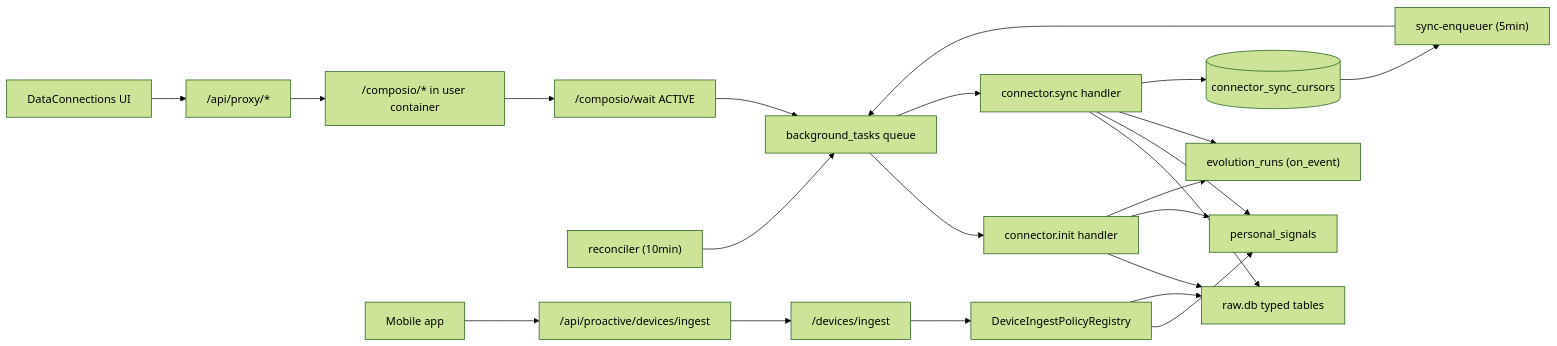
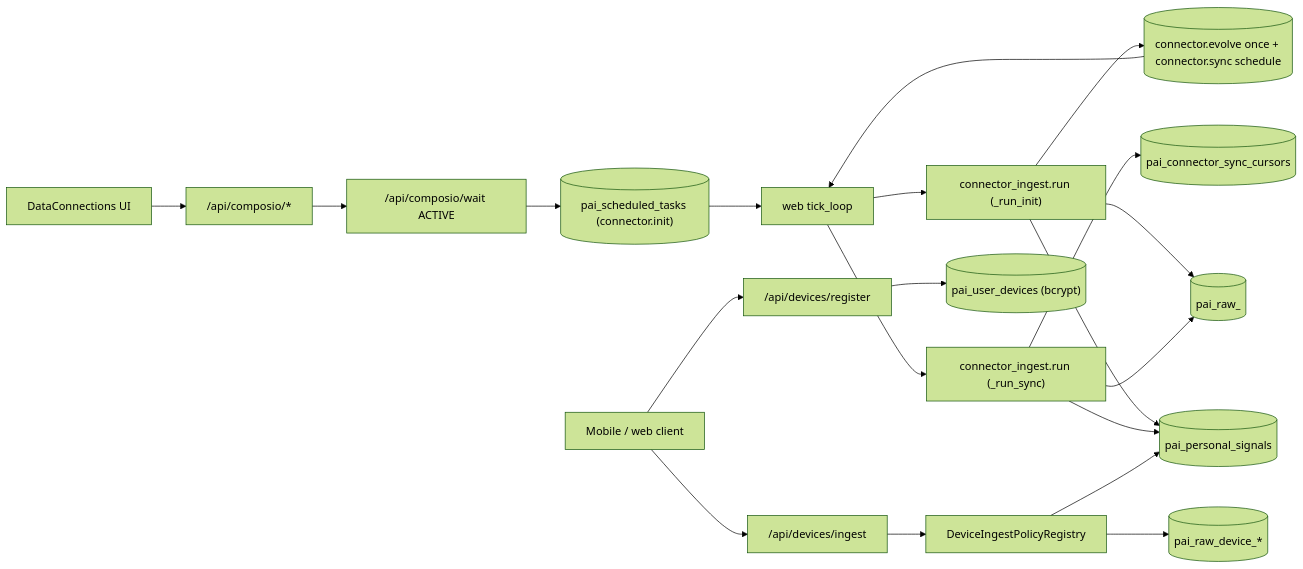
The first of 4 diagrams in docs/modules/data-connectors.mdx (Edge-AI-HQ/proactive-assistant), drawn with Mermaid (forest theme) before and after one commit. The commit also changed other lines of this file and 372 other files, not shown here.

````diff
--- a/docs/modules/data-connectors.mdx
+++ b/docs/modules/data-connectors.mdx
@@ -16,24 +15,22 @@
 ```mermaid
 flowchart LR
-  UI["DataConnections UI"] --> Proxy["/api/proxy/*"]
-  Proxy --> Composio["/composio/* in user container"]
-  Composio --> Wait["/composio/wait ACTIVE"]
-  Wait --> Tasks["background_tasks queue"]
-  Recon["reconciler (10min)"] --> Tasks
-  SyncEnq["sync-enqueuer (5min)"] --> Tasks
-  Cursors[("connector_sync_cursors")] --> SyncEnq
-  Tasks --> InitH["connector.init handler"]
-  Tasks --> SyncH["connector.sync handler"]
-  InitH --> Raw["raw.db typed tables"]
-  InitH --> PS["personal_signals"]
-  InitH --> Evo["evolution_runs (on_event)"]
+  UI["DataConnections UI"] --> Composio["/api/composio/*"]
+  Composio --> Wait["/api/composio/wait ACTIVE"]
+  Wait --> Q[("pai_scheduled_tasks (connector.init)")]
+  Q --> Sched["web tick_loop"]
+  Sched --> InitH["connector_ingest.run (_run_init)"]
+  InitH --> Raw[("pai_raw_<toolkit>")]
+  InitH --> PS[("pai_personal_signals")]
+  InitH --> Q2[("connector.evolve once + connector.sync schedule")]
+  Q2 --> Sched
+  Sched --> SyncH["connector_ingest.run (_run_sync)"]
+  SyncH --> Cursors[("pai_connector_sync_cursors")]
   SyncH --> Raw
   SyncH --> PS
-  SyncH --> Evo
-  SyncH --> Cursors
-  Mobile["Mobile app"] --> MobileProxy["/api/proactive/devices/ingest"]
-  MobileProxy --> MobileRoute["/devices/ingest"]
-  MobileRoute --> Policy["DeviceIngestPolicyRegistry"]
+  Mobile["Mobile / web client"] --> Reg["/api/devices/register"]
+  Reg --> Devices[("pai_user_devices (bcrypt)")]
+  Mobile --> Ingest["/api/devices/ingest"]
+  Ingest --> Policy["DeviceIngestPolicyRegistry"]
   Policy --> PS
-  Policy --> Raw
+  Policy --> RawDev[("pai_raw_device_*")]
 ```
````
